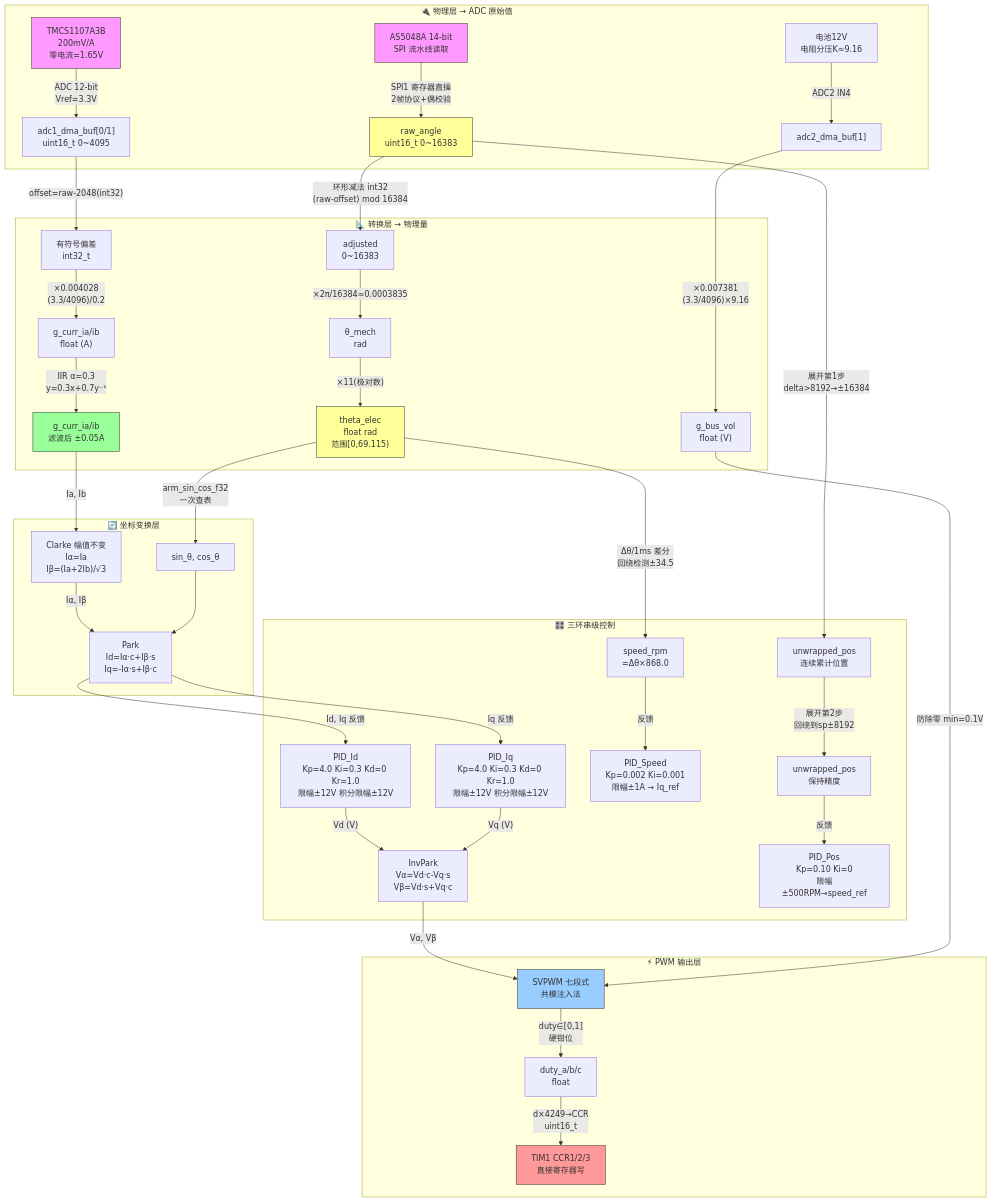
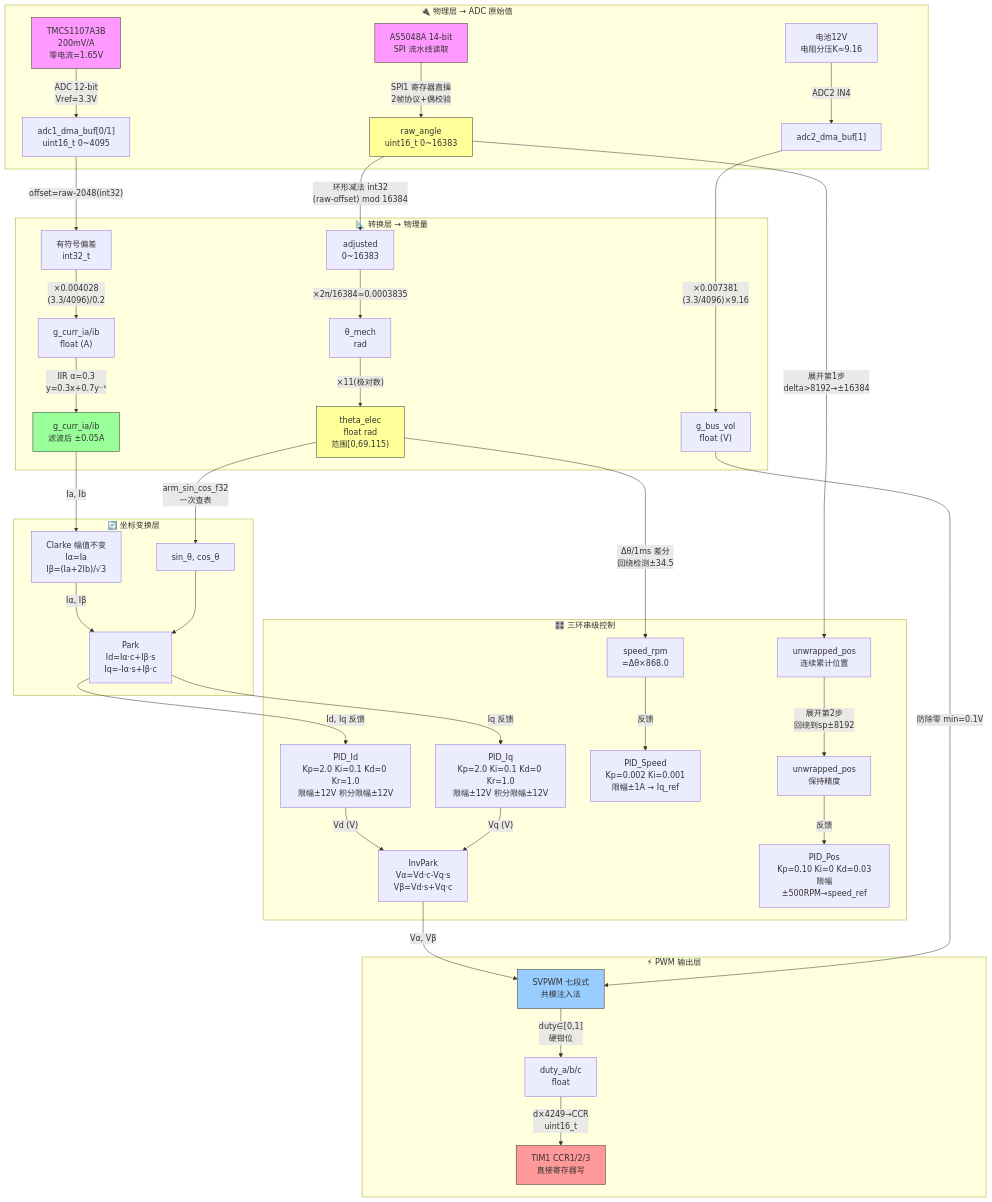
One commit to HeyandBye/STM32G431CBU6_MMSD changed the second of 9 diagrams in document/FOC_项目深度复盘.md. Above: the diagram before and after it, drawn with Mermaid. The commit also changed other lines of this file and 3 other files, not shown here.

````diff
--- a/document/FOC_项目深度复盘.md
+++ b/document/FOC_项目深度复盘.md
@@ -98,54 +98,54 @@
 ```mermaid
 flowchart TB
     subgraph 物理层["🔌 物理层 → ADC 原始值"]
         HALL["TMCS1107A3B<br/>200mV/A<br/>零电流=1.65V"] -->|"ADC 12-bit<br/>Vref=3.3V"| ADC_RAW["adc1_dma_buf[0/1]<br/>uint16_t 0~4095"]
         ENC["AS5048A 14-bit<br/>SPI 流水线读取"] -->|"SPI1 寄存器直操<br/>2帧协议+偶校验"| RAW_ANGLE["raw_angle<br/>uint16_t 0~16383"]
         VBUS["电池12V<br/>电阻分压K≈9.16"] -->|"ADC2 IN4"| VBUS_RAW["adc2_dma_buf[1]"]
     end
 
     subgraph 转换层["📐 转换层 → 物理量"]
         ADC_RAW -->|"offset=raw-2048(int32)"| CURR_OFFSET["有符号偏差<br/>int32_t"]
         CURR_OFFSET -->|"×0.004028<br/>(3.3/4096)/0.2"| CURR_RAW["g_curr_ia/ib<br/>float (A)"]
         CURR_RAW -->|"IIR α=0.3<br/>y=0.3x+0.7y⁻¹"| CURR_FILT["g_curr_ia/ib<br/>滤波后 ±0.05A"]
         VBUS_RAW -->|"×0.007381<br/>(3.3/4096)×9.16"| VBUS_V["g_bus_vol<br/>float (V)"]
         RAW_ANGLE -->|"环形减法 int32<br/>(raw-offset) mod 16384"| ADJ["adjusted<br/>0~16383"]
         ADJ -->|"×2π/16384≈0.0003835"| THETA_M["θ_mech<br/>rad"]
         THETA_M -->|"×11(极对数)"| THETA_E["theta_elec<br/>float rad<br/>范围[0,69.115)"]
     end
 
     subgraph 变换层["🔄 坐标变换层"]
         CURR_FILT -->|"Ia, Ib"| CLARKE["Clarke 幅值不变<br/>Iα=Ia<br/>Iβ=(Ia+2Ib)/√3"]
         THETA_E -->|"arm_sin_cos_f32<br/>一次查表"| SINCOS["sin_θ, cos_θ"]
         CLARKE -->|"Iα, Iβ"| PARK["Park<br/>Id=Iα·c+Iβ·s<br/>Iq=-Iα·s+Iβ·c"]
         SINCOS --> PARK
     end
 
     subgraph 控制层["🎛️ 三环串级控制"]
-        PARK -->|"Id, Iq 反馈"| PI_ID["PID_Id<br/>Kp=4.0 Ki=0.3 Kd=0 Kr=1.0<br/>限幅±12V 积分限幅±12V"]
-        PARK -->|"Iq 反馈"| PI_IQ["PID_Iq<br/>Kp=4.0 Ki=0.3 Kd=0 Kr=1.0<br/>限幅±12V 积分限幅±12V"]
+        PARK -->|"Id, Iq 反馈"| PI_ID["PID_Id<br/>Kp=2.0 Ki=0.1 Kd=0 Kr=1.0<br/>限幅±12V 积分限幅±12V"]
+        PARK -->|"Iq 反馈"| PI_IQ["PID_Iq<br/>Kp=2.0 Ki=0.1 Kd=0 Kr=1.0<br/>限幅±12V 积分限幅±12V"]
         PI_ID -->|"Vd (V)"| INVP["InvPark<br/>Vα=Vd·c-Vq·s<br/>Vβ=Vd·s+Vq·c"]
         PI_IQ -->|"Vq (V)"| INVP
 
         THETA_E -->|"Δθ/1ms 差分<br/>回绕检测±34.5"| SPEED_CALC["speed_rpm<br/>=Δθ×868.0"]
         SPEED_CALC -->|"反馈"| PI_SPD["PID_Speed<br/>Kp=0.002 Ki=0.001<br/>限幅±1A → Iq_ref"]
 
         RAW_ANGLE -->|"展开第1步<br/>delta>8192→±16384"| UNWRAP["unwrapped_pos<br/>连续累计位置"]
         UNWRAP -->|"展开第2步<br/>回绕到sp±8192"| UNWRAP2["unwrapped_pos<br/>保持精度"]
-        UNWRAP2 -->|"反馈"| PI_POS["PID_Pos<br/>Kp=0.10 Ki=0<br/>限幅±500RPM→speed_ref"]
+        UNWRAP2 -->|"反馈"| PI_POS["PID_Pos<br/>Kp=0.10 Ki=0 Kd=0.03<br/>限幅±500RPM→speed_ref"]
     end
 
     subgraph 输出层["⚡ PWM 输出层"]
         INVP -->|"Vα, Vβ"| SVPWM_BLK["SVPWM 七段式<br/>共模注入法"]
         VBUS_V -->|"防除零 min=0.1V"| SVPWM_BLK
         SVPWM_BLK -->|"duty∈[0,1]<br/>硬钳位"| DUTY["duty_a/b/c<br/>float"]
         DUTY -->|"d×4249→CCR<br/>uint16_t"| CCR["TIM1 CCR1/2/3<br/>直接寄存器写"]
     end
 
     style HALL fill:#f9f,stroke:#333
     style ENC fill:#f9f,stroke:#333
     style RAW_ANGLE fill:#ff9,stroke:#333
     style THETA_E fill:#ff9,stroke:#333
     style CURR_FILT fill:#9f9,stroke:#333
     style SVPWM_BLK fill:#9cf,stroke:#333
     style CCR fill:#f99,stroke:#333
 ```
````
